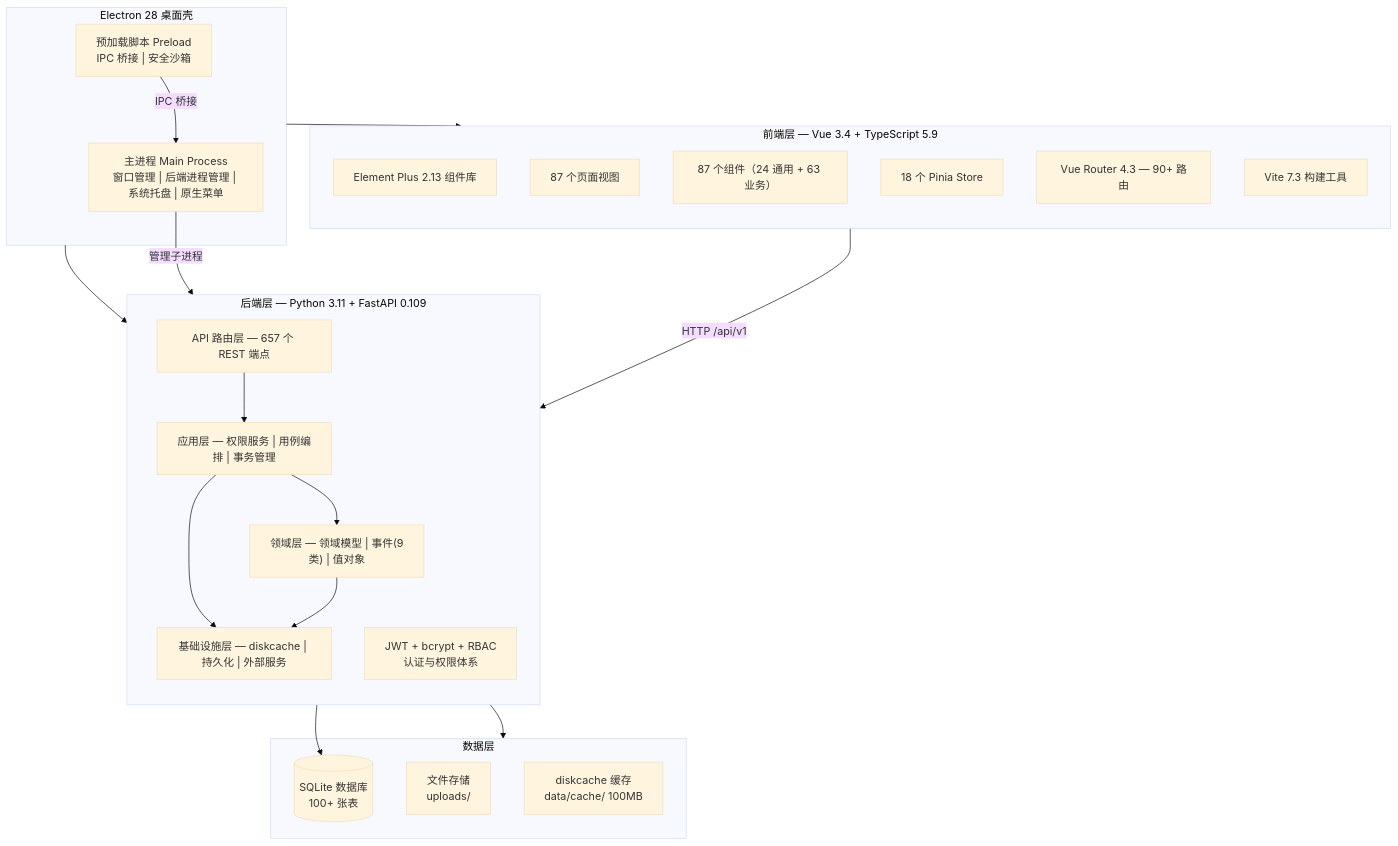
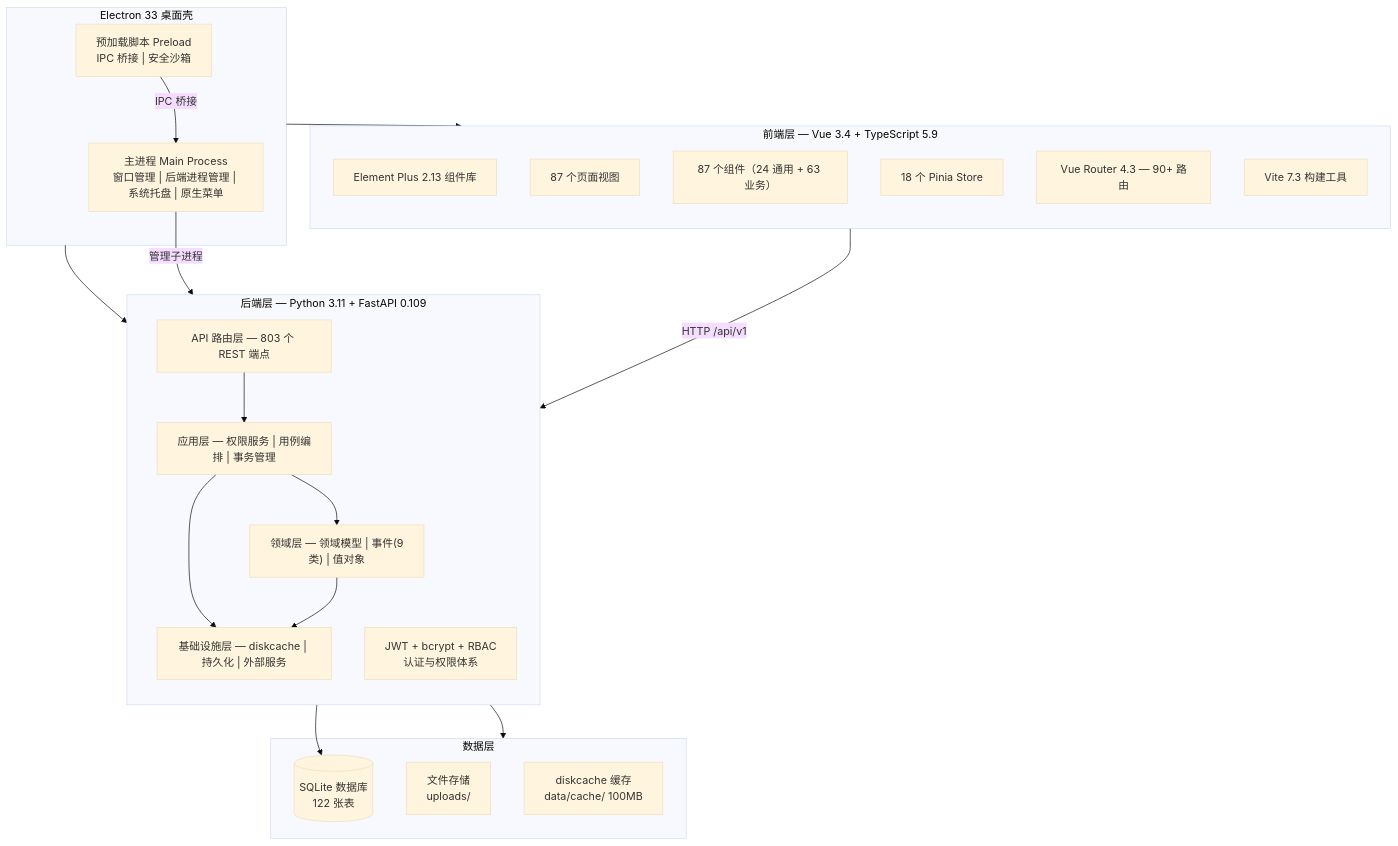
Before and after one commit to lzh745200/MRRS: the first of 15 diagrams in docs/03-开发文档/01-架构设计/系统设计图集.md, drawn with Mermaid (base theme). The commit also changed other lines of this file and 63 other files, not shown here.

````diff
--- a/docs/03-开发文档/01-架构设计/系统设计图集.md
+++ b/docs/03-开发文档/01-架构设计/系统设计图集.md
@@ -29,43 +29,43 @@
 ```mermaid
 graph TB
-    subgraph ELECTRON["Electron 28 桌面壳"]
+    subgraph ELECTRON["Electron 33 桌面壳"]
         MAIN["主进程 Main Process<br/>窗口管理 | 后端进程管理 | 系统托盘 | 原生菜单"]
         PRELOAD["预加载脚本 Preload<br/>IPC 桥接 | 安全沙箱"]
     end
 
     subgraph FRONTEND["前端层 — Vue 3.4 + TypeScript 5.9"]
         direction TB
         UI["Element Plus 2.13 组件库"]
         PAGES["87 个页面视图"]
         COMPONENTS["87 个组件（24 通用 + 63 业务）"]
         STORES["18 个 Pinia Store"]
         ROUTER["Vue Router 4.3 — 90+ 路由"]
         VITE["Vite 7.3 构建工具"]
     end
 
     subgraph BACKEND["后端层 — Python 3.11 + FastAPI 0.109"]
         direction TB
-        API["API 路由层 — 657 个 REST 端点"]
+        API["API 路由层 — 803 个 REST 端点"]
         APP_SVC["应用层 — 权限服务 | 用例编排 | 事务管理"]
         DOMAIN["领域层 — 领域模型 | 事件(9类) | 值对象"]
         INFRA["基础设施层 — diskcache | 持久化 | 外部服务"]
         SECURITY["JWT + bcrypt + RBAC<br/>认证与权限体系"]
     end
 
     subgraph DATA["数据层"]
-        SQLITE[("SQLite 数据库<br/>100+ 张表")]
+        SQLITE[("SQLite 数据库<br/>122 张表")]
         FILES["文件存储<br/>uploads/"]
         CACHE["diskcache 缓存<br/>data/cache/ 100MB"]
     end
 
     ELECTRON --> FRONTEND
     ELECTRON --> BACKEND
     MAIN -->|"管理子进程"| BACKEND
     PRELOAD -->|"IPC 桥接"| MAIN
     FRONTEND -->|"HTTP /api/v1"| BACKEND
     BACKEND --> DATA
     API --> APP_SVC --> DOMAIN
     APP_SVC --> INFRA
     DOMAIN --> INFRA
     INFRA --> SQLITE
 ```
````
